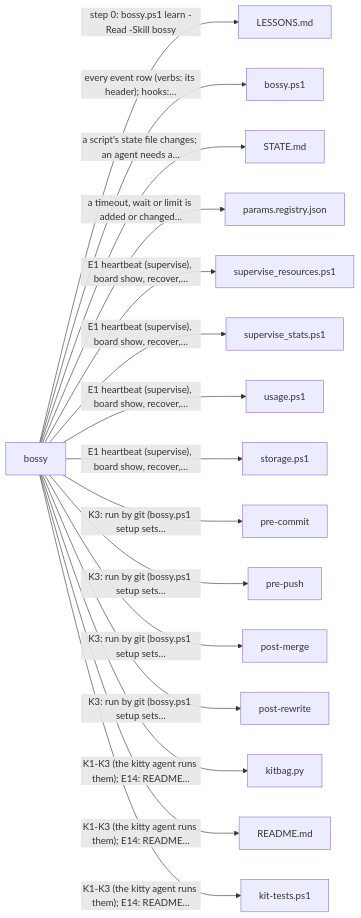
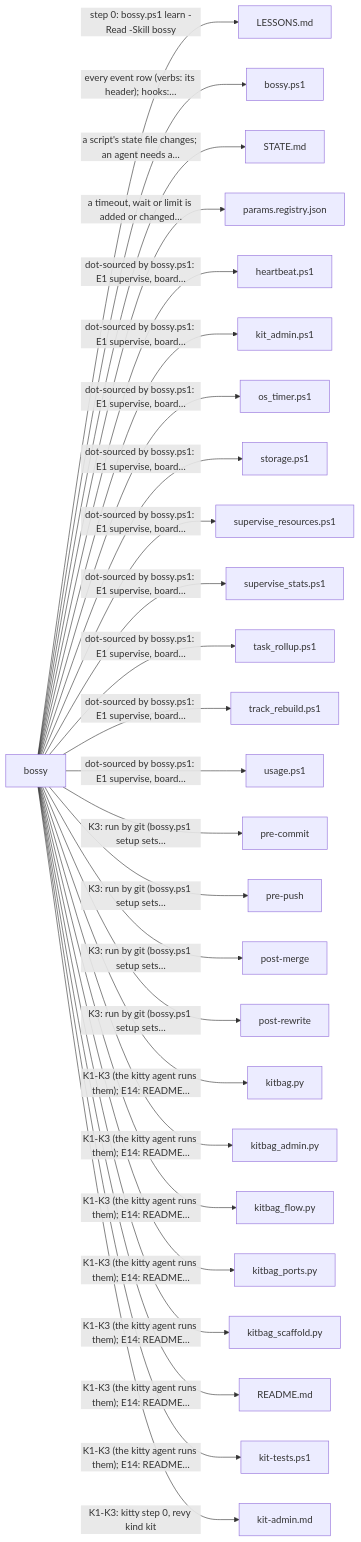
The third of 5 diagrams in README.md (prskid1000/claude-crew), drawn with Mermaid before and after one commit. The commit also changed other lines of this file and 28 other files, not shown here.

First line of the commit message:
feat(kit): kit tooling on main (admin, flow page, ports, timer, tracks)

````diff
--- a/README.md
+++ b/README.md
@@ -413,19 +413,29 @@
 ```mermaid
 flowchart LR
   skills_bossy_SKILL_md["bossy"]
   skills_bossy_SKILL_md -->|"step 0: bossy.ps1 learn -Read -Skill bossy"| LESSONS_md["LESSONS.md"]
   skills_bossy_SKILL_md -->|"every event row (verbs: its header); hooks:…"| skills_bossy_bossy_ps1["bossy.ps1"]
   skills_bossy_SKILL_md -->|"a script's state file changes; an agent needs a…"| skills_bossy_STATE_md["STATE.md"]
   skills_bossy_SKILL_md -->|"a timeout, wait or limit is added or changed…"| skills_bossy_params_registry_json["params.registry.json"]
-  skills_bossy_SKILL_md -->|"E1 heartbeat (supervise), board show, recover,…"| skills_bossy_adapters_supervise_resources_ps1["supervise_resources.ps1"]
-  skills_bossy_SKILL_md -->|"E1 heartbeat (supervise), board show, recover,…"| skills_bossy_adapters_supervise_stats_ps1["supervise_stats.ps1"]
-  skills_bossy_SKILL_md -->|"E1 heartbeat (supervise), board show, recover,…"| skills_bossy_adapters_usage_ps1["usage.ps1"]
-  skills_bossy_SKILL_md -->|"E1 heartbeat (supervise), board show, recover,…"| skills_bossy_adapters_storage_ps1["storage.ps1"]
+  skills_bossy_SKILL_md -->|"dot-sourced by bossy.ps1: E1 supervise, board…"| skills_bossy_adapters_heartbeat_ps1["heartbeat.ps1"]
+  skills_bossy_SKILL_md -->|"dot-sourced by bossy.ps1: E1 supervise, board…"| skills_bossy_adapters_kit_admin_ps1["kit_admin.ps1"]
+  skills_bossy_SKILL_md -->|"dot-sourced by bossy.ps1: E1 supervise, board…"| skills_bossy_adapters_os_timer_ps1["os_timer.ps1"]
+  skills_bossy_SKILL_md -->|"dot-sourced by bossy.ps1: E1 supervise, board…"| skills_bossy_adapters_storage_ps1["storage.ps1"]
+  skills_bossy_SKILL_md -->|"dot-sourced by bossy.ps1: E1 supervise, board…"| skills_bossy_adapters_supervise_resources_ps1["supervise_resources.ps1"]
+  skills_bossy_SKILL_md -->|"dot-sourced by bossy.ps1: E1 supervise, board…"| skills_bossy_adapters_supervise_stats_ps1["supervise_stats.ps1"]
+  skills_bossy_SKILL_md -->|"dot-sourced by bossy.ps1: E1 supervise, board…"| skills_bossy_adapters_task_rollup_ps1["task_rollup.ps1"]
+  skills_bossy_SKILL_md -->|"dot-sourced by bossy.ps1: E1 supervise, board…"| skills_bossy_adapters_track_rebuild_ps1["track_rebuild.ps1"]
+  skills_bossy_SKILL_md -->|"dot-sourced by bossy.ps1: E1 supervise, board…"| skills_bossy_adapters_usage_ps1["usage.ps1"]
   skills_bossy_SKILL_md -->|"K3: run by git (bossy.ps1 setup sets…"| _githooks_pre_commit["pre-commit"]
   skills_bossy_SKILL_md -->|"K3: run by git (bossy.ps1 setup sets…"| _githooks_pre_push["pre-push"]
   skills_bossy_SKILL_md -->|"K3: run by git (bossy.ps1 setup sets…"| _githooks_post_merge["post-merge"]
   skills_bossy_SKILL_md -->|"K3: run by git (bossy.ps1 setup sets…"| _githooks_post_rewrite["post-rewrite"]
   skills_bossy_SKILL_md -->|"K1-K3 (the kitty agent runs them); E14: README…"| skills_bossy_kitbag_py["kitbag.py"]
+  skills_bossy_SKILL_md -->|"K1-K3 (the kitty agent runs them); E14: README…"| skills_bossy_kitbag_admin_py["kitbag_admin.py"]
+  skills_bossy_SKILL_md -->|"K1-K3 (the kitty agent runs them); E14: README…"| skills_bossy_kitbag_flow_py["kitbag_flow.py"]
+  skills_bossy_SKILL_md -->|"K1-K3 (the kitty agent runs them); E14: README…"| skills_bossy_kitbag_ports_py["kitbag_ports.py"]
+  skills_bossy_SKILL_md -->|"K1-K3 (the kitty agent runs them); E14: README…"| skills_bossy_kitbag_scaffold_py["kitbag_scaffold.py"]
   skills_bossy_SKILL_md -->|"K1-K3 (the kitty agent runs them); E14: README…"| README_md["README.md"]
   skills_bossy_SKILL_md -->|"K1-K3 (the kitty agent runs them); E14: README…"| tests_kit_tests_ps1["kit-tests.ps1"]
+  skills_bossy_SKILL_md -->|"K1-K3: kitty step 0, revy kind kit"| skills_bossy_kit_admin_md["kit-admin.md"]
 ```
````
